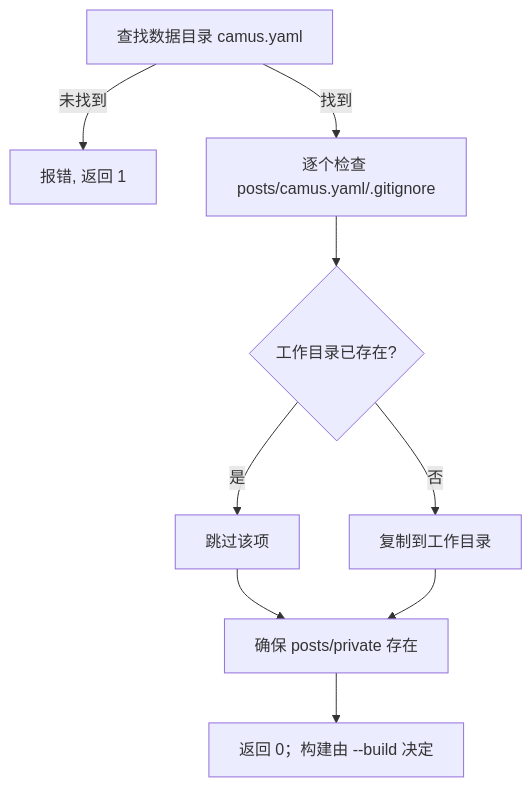
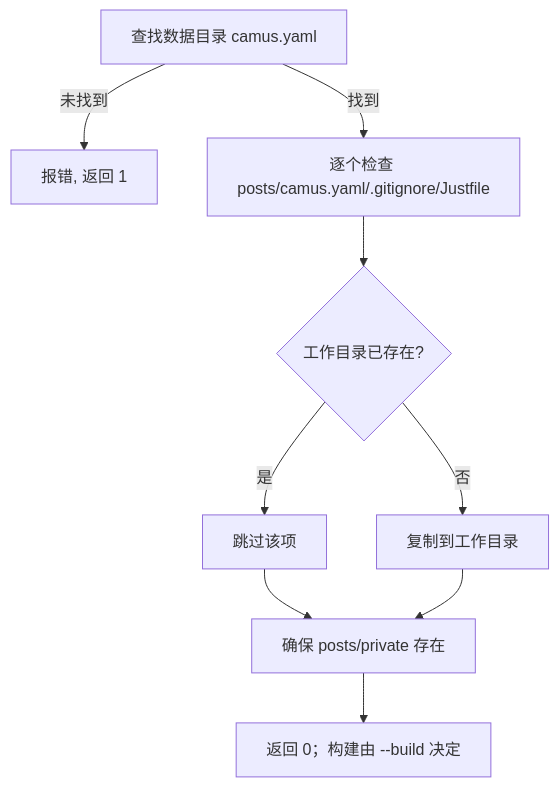
Before and after one commit to o8x/camus: the first of 3 diagrams in docs/prd/08-template-install.md, drawn with Mermaid. The commit also changed other lines of this file and 8 other files, not shown here.

````diff
--- a/docs/prd/08-template-install.md
+++ b/docs/prd/08-template-install.md
@@ -50,11 +52,11 @@
 ```mermaid
 flowchart TD
     A[查找数据目录 camus.yaml] -->|未找到| X[报错, 返回 1]
-    A -->|找到| B[逐个检查 posts/camus.yaml/.gitignore]
+    A -->|找到| B[逐个检查 posts/camus.yaml/.gitignore/Justfile]
     B --> C{工作目录已存在?}
     C -->|是| S[跳过该项]
     C -->|否| D[复制到工作目录]
     S --> P[确保 posts/private 存在]
     D --> P
     P --> OK[返回 0；构建由 --build 决定]
 ```
````
